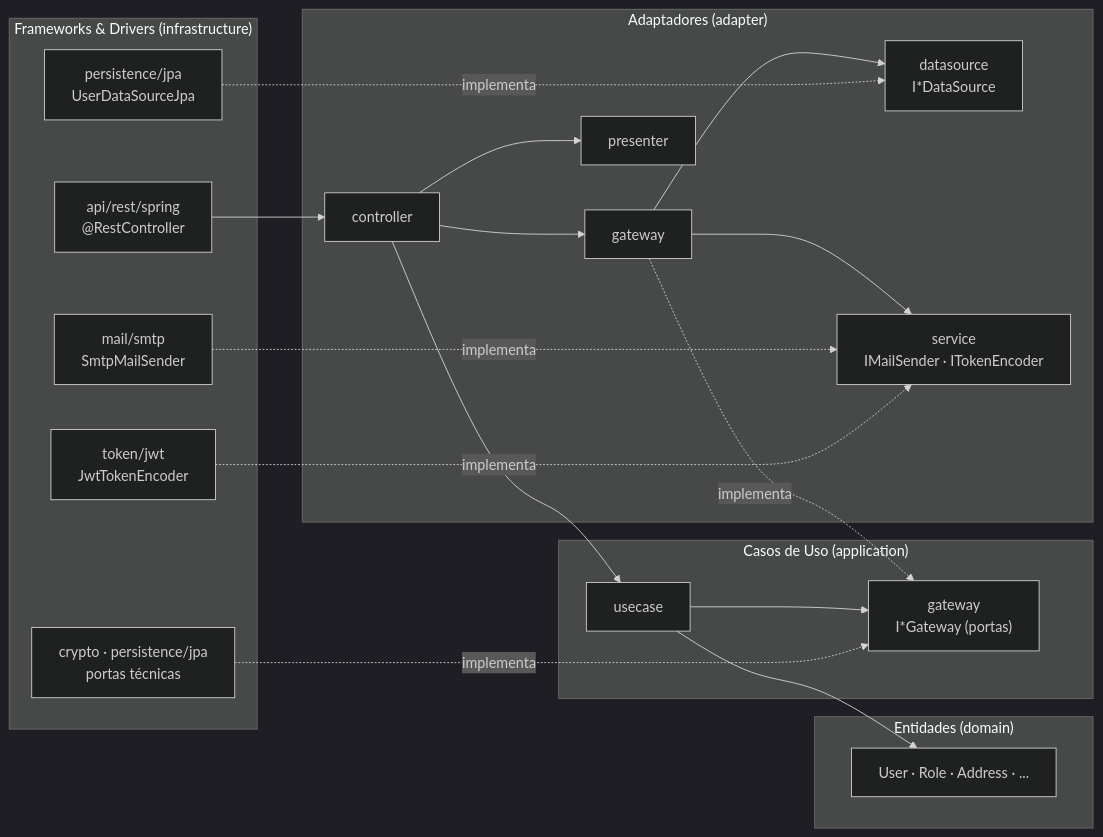
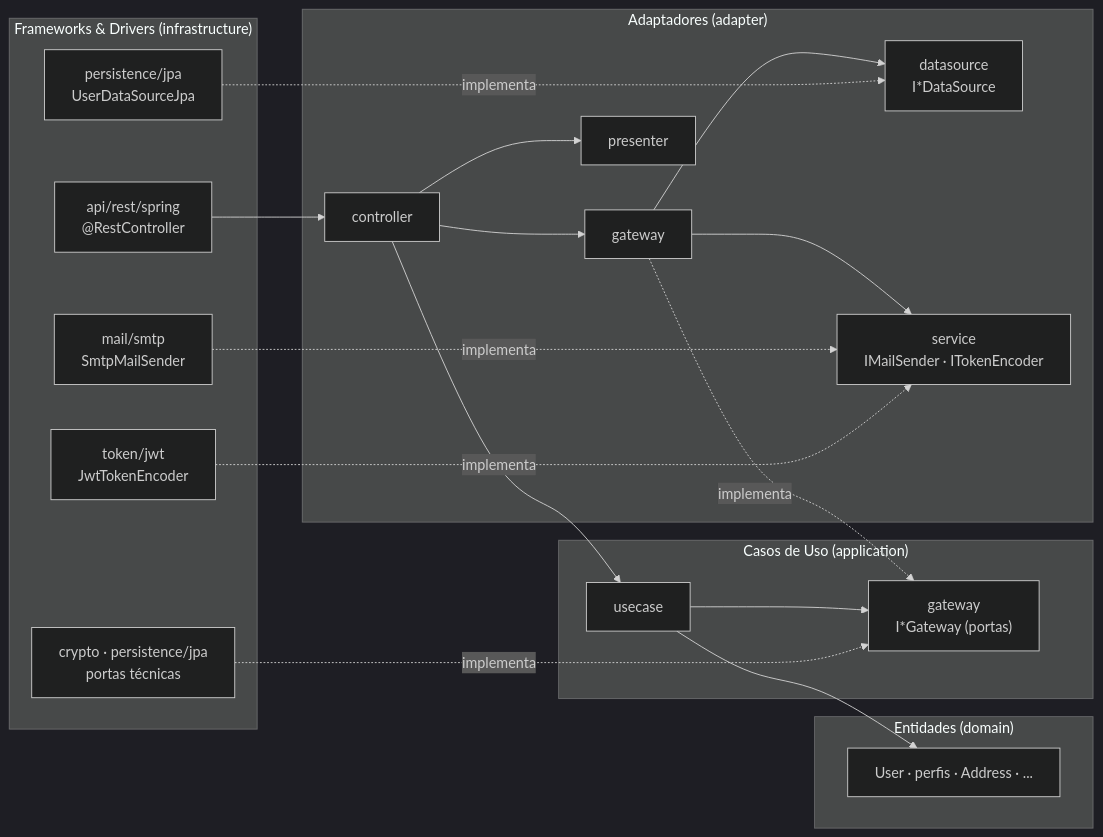
Before and after one commit to felipe11dias/postech-fase2-restaurantes-app: the diagram in docs/arquitetura/00-visao-geral.md, drawn with Mermaid (dark theme). The commit also changed other lines of this file and 191 other files, not shown here.

````diff
--- a/docs/arquitetura/00-visao-geral.md
+++ b/docs/arquitetura/00-visao-geral.md
@@ -75,37 +75,37 @@
 ```mermaid
 flowchart LR
     subgraph infra["Frameworks & Drivers (infrastructure)"]
         REST["api/rest/spring<br/>@RestController"]
         JPA["persistence/jpa<br/>UserDataSourceJpa"]
         SMTP["mail/smtp<br/>SmtpMailSender"]
         JWT["token/jwt<br/>JwtTokenEncoder"]
         TECH["crypto · persistence/jpa<br/>portas técnicas"]
     end
     subgraph adapter["Adaptadores (adapter)"]
         C["controller"]
         G["gateway"]
         DS["datasource<br/>I*DataSource"]
         SV["service<br/>IMailSender · ITokenEncoder"]
         P["presenter"]
     end
     subgraph app["Casos de Uso (application)"]
         UC["usecase"]
         PORT["gateway<br/>I*Gateway (portas)"]
     end
     subgraph dom["Entidades (domain)"]
-        E["User · Role · Address · ..."]
+        E["User · perfis · Address · ..."]
     end
     REST --> C
     C --> G
     C --> UC
     C --> P
     UC --> PORT
     UC --> E
     G -. implementa .-> PORT
     G --> DS
     G --> SV
     JPA -. implementa .-> DS
     SMTP -. implementa .-> SV
     JWT -. implementa .-> SV
     TECH -. implementa .-> PORT
 ```
````
